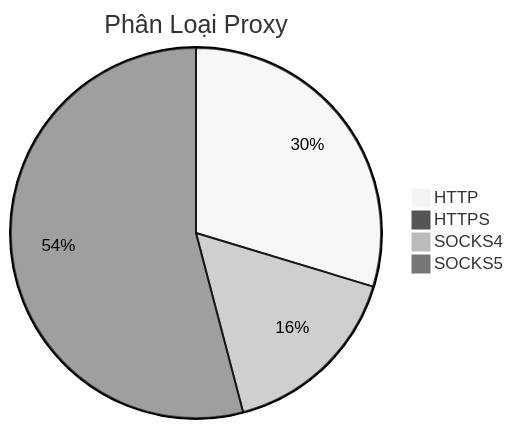
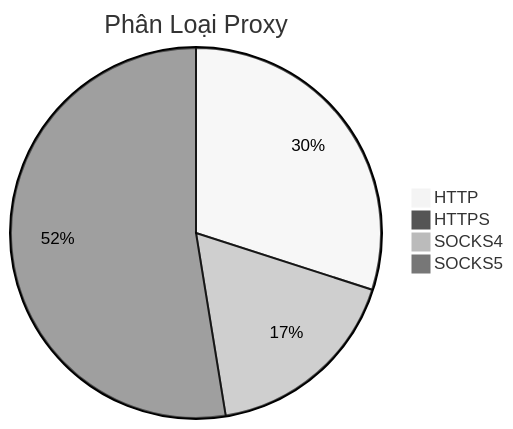
Before and after one commit to Ciara-Aa/PROXY-free: the diagram in README.md, drawn with Mermaid (neutral theme). The commit also changed other lines of this file and 4 other files, not shown here.

````diff
--- a/README.md
+++ b/README.md
@@ -26,7 +26,7 @@
 ```mermaid
 pie title Phân Loại Proxy
-    "HTTP" : 406
-    "HTTPS" : 2
-    "SOCKS4" : 222
-    "SOCKS5" : 740
+    "HTTP" : 391
+    "HTTPS" : 3
+    "SOCKS4" : 228
+    "SOCKS5" : 686
 ```
````
